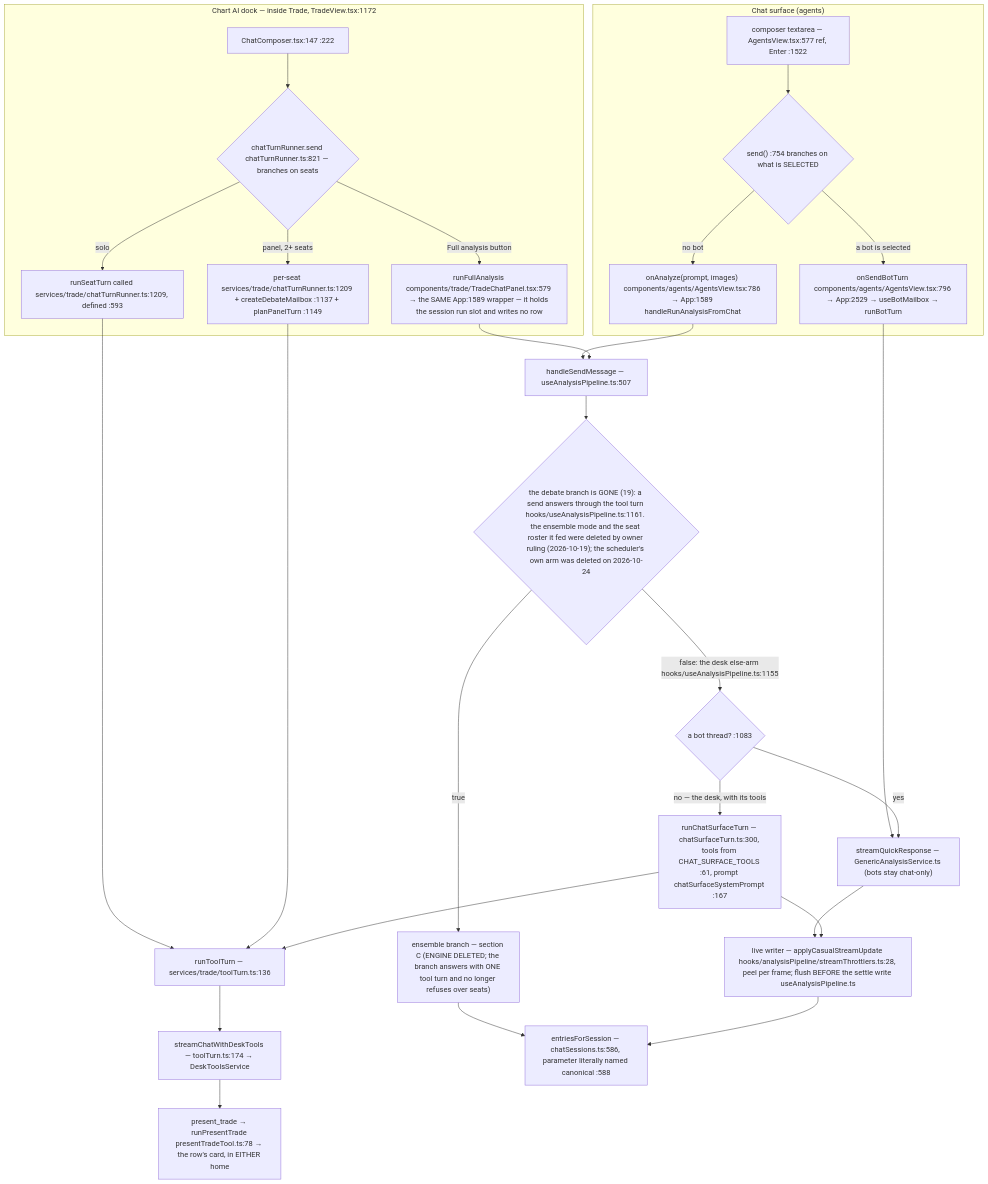
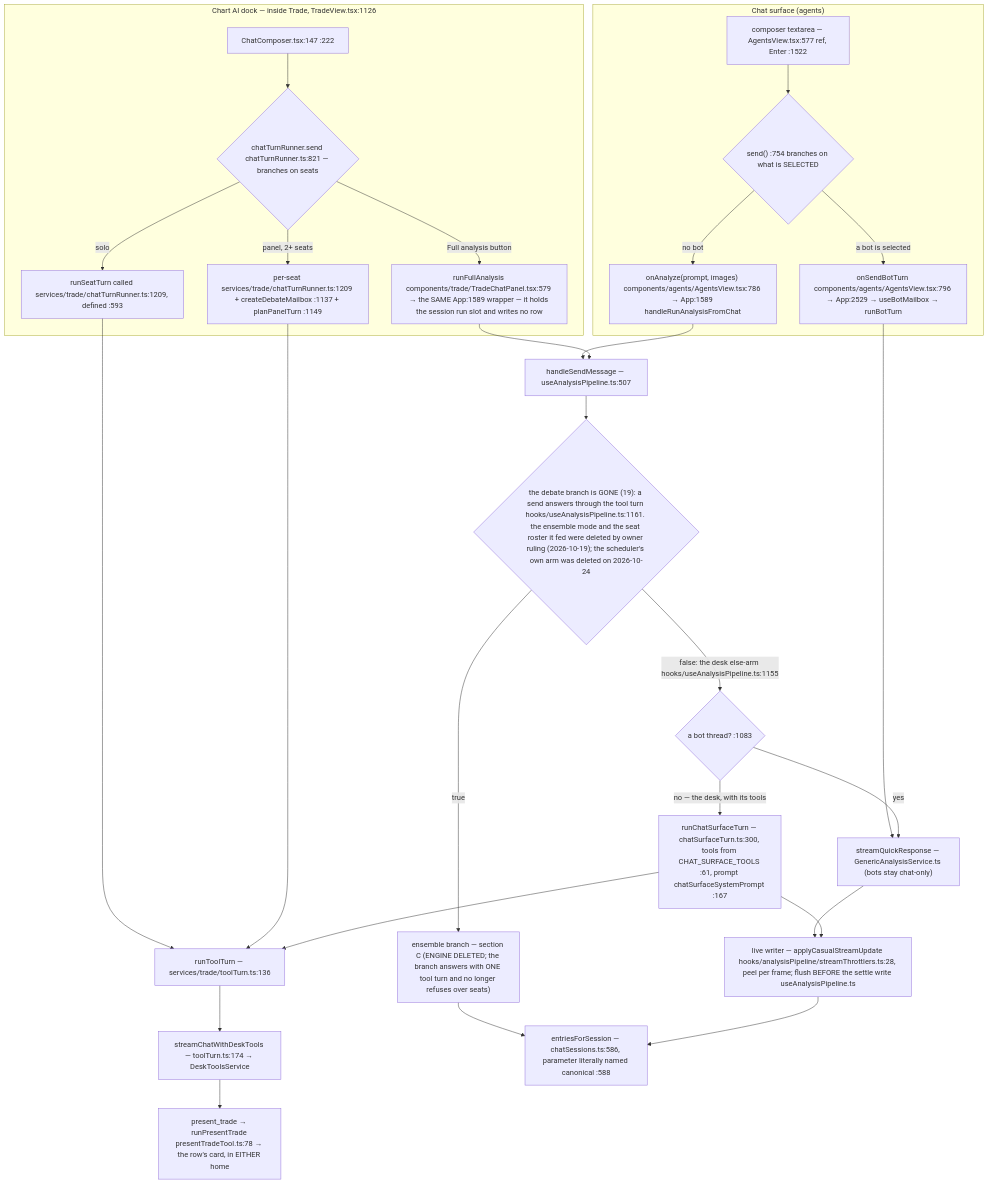
The second of 8 diagrams in docs/app-flow.md (Acepay25/august-3.5), drawn with Mermaid before and after one commit. The commit also changed other lines of this file and 2 other files, not shown here.

First line of the commit message:
docs(flow): re-anchor against the merged tree — 448 anchors, every citation grep-verified

````diff
--- a/docs/app-flow.md
+++ b/docs/app-flow.md
@@ -78,31 +78,31 @@
 ```mermaid
 flowchart TD
     subgraph CHAT["Chat surface (agents)"]
         CB["composer textarea — AgentsView.tsx:577 ref, Enter :1522"] --> D1{"send() :754 branches on what is SELECTED"}
         D1 -->|a bot is selected| BOT["onSendBotTurn components/agents/AgentsView.tsx:796 → App:2529 → useBotMailbox → runBotTurn"]
         D1 -->|no bot| AN["onAnalyze(prompt, images) components/agents/AgentsView.tsx:786 → App:1589 handleRunAnalysisFromChat"]
     end
-    subgraph DOCK["Chart AI dock — inside Trade, TradeView.tsx:1172"]
+    subgraph DOCK["Chart AI dock — inside Trade, TradeView.tsx:1126"]
         DC["ChatComposer.tsx:147 :222"] --> D2{"chatTurnRunner.send chatTurnRunner.ts:821 — branches on seats"}
         D2 -->|solo| SO["runSeatTurn called services/trade/chatTurnRunner.ts:1209, defined :593"]
         D2 -->|panel, 2+ seats| PN["per-seat services/trade/chatTurnRunner.ts:1209 + createDebateMailbox :1137 + planPanelTurn :1149"]
         D2 -->|Full analysis button| FA["runFullAnalysis components/trade/TradeChatPanel.tsx:579 → the SAME App:1589 wrapper — it holds the session run slot and writes no row"]
     end
     SO --> TT["runToolTurn — services/trade/toolTurn.ts:136"]
     PN --> TT
     TT --> SCDT["streamChatWithDeskTools — toolTurn.ts:174 → DeskToolsService"]
     BOT --> TR["streamQuickResponse — GenericAnalysisService.ts (bots stay chat-only)"]
     AN --> HSM["handleSendMessage — useAnalysisPipeline.ts:507"]
     FA --> HSM
     HSM --> D3{"the debate branch is GONE (19): a send answers through the tool turn hooks/useAnalysisPipeline.ts:1161. the ensemble mode and the seat roster it fed were deleted by owner ruling (2026-10-19); the scheduler's own arm was deleted on 2026-10-24"}
     D3 -->|true| ENS["ensemble branch — section C (ENGINE DELETED; the branch answers with ONE tool turn and no longer refuses over seats)"]
     D3 -->|false: the desk else-arm hooks/useAnalysisPipeline.ts:1155| SPLIT{"a bot thread? :1083"}
     SPLIT -->|yes| TR
     SPLIT -->|no — the desk, with its tools| CST["runChatSurfaceTurn — chatSurfaceTurn.ts:300, tools from CHAT_SURFACE_TOOLS :61, prompt chatSurfaceSystemPrompt :167"]
     CST --> TT
     TR --> LW["live writer — applyCasualStreamUpdate hooks/analysisPipeline/streamThrottlers.ts:28, peel per frame; flush BEFORE the settle write useAnalysisPipeline.ts"]
     CST --> LW
     ENS --> MERGE
     LW --> MERGE["entriesForSession — chatSessions.ts:586, parameter literally named canonical :588"]
     SCDT --> PT["present_trade → runPresentTrade presentTradeTool.ts:78 → the row's card, in EITHER home"]
 ```
````
